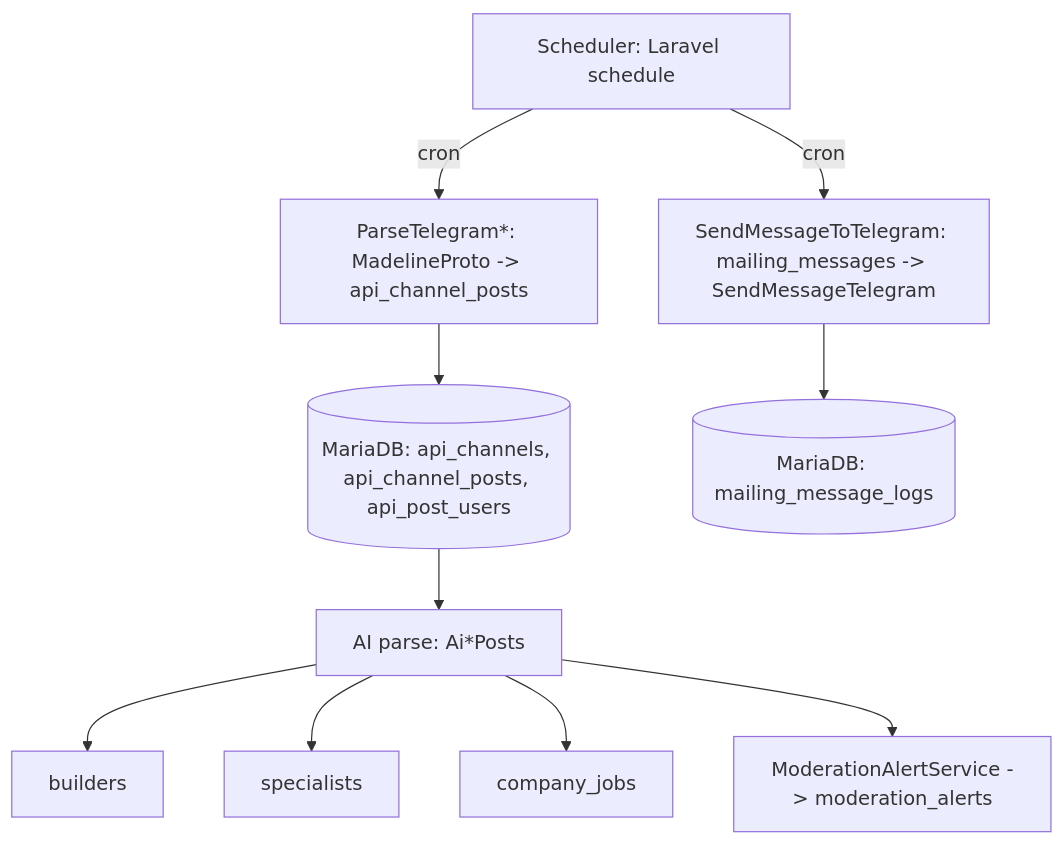
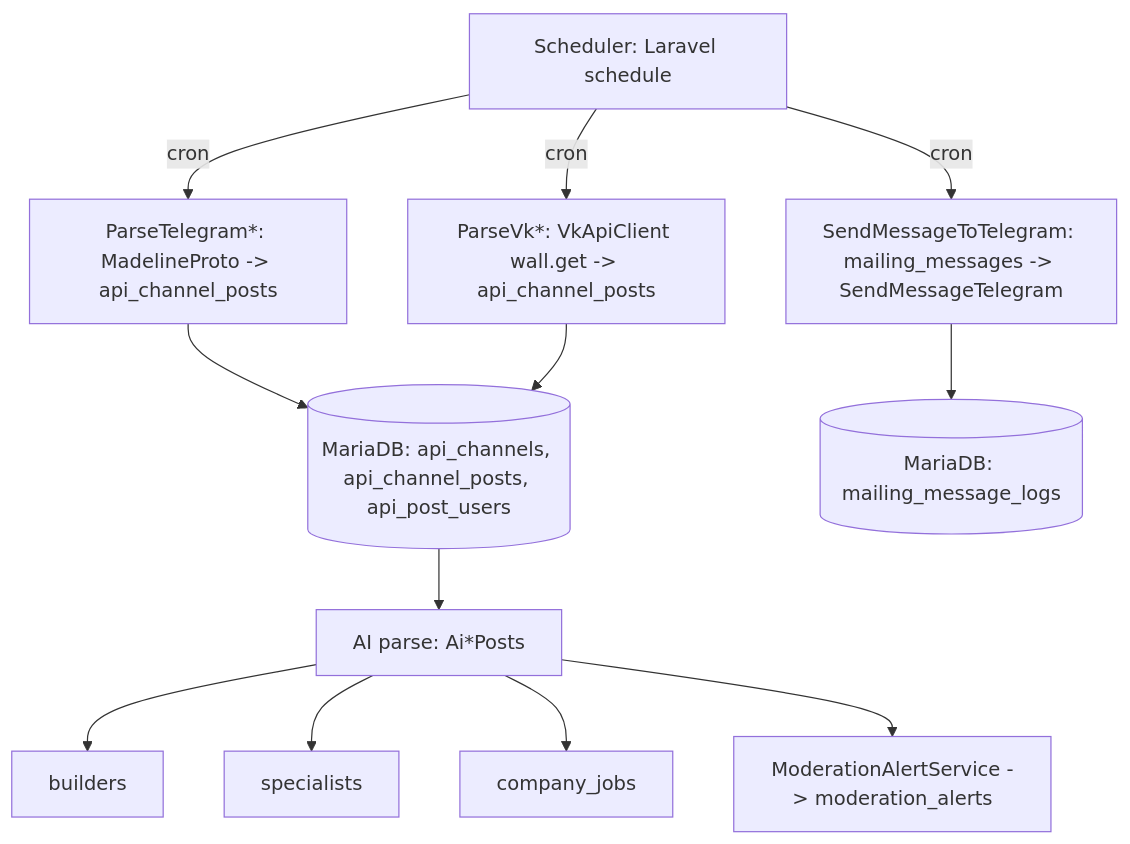
One commit to Falgrim/Radarium changed the first of 3 diagrams in DOC/RADARIUM_TECHDOC.md. Above: the diagram before and after it, drawn with Mermaid. The commit also changed other lines of this file, not shown here.

````diff
--- a/DOC/RADARIUM_TECHDOC.md
+++ b/DOC/RADARIUM_TECHDOC.md
@@ -20,13 +22,15 @@
 ```mermaid
 flowchart TD
   Scheduler[Scheduler: Laravel schedule] -->|cron| TGParse[ParseTelegram*: MadelineProto -> api_channel_posts]
+  Scheduler -->|cron| VKParse[ParseVk*: VkApiClient wall.get -> api_channel_posts]
   TGParse --> DBInserts[(MariaDB: api_channels, api_channel_posts, api_post_users)]
+  VKParse --> DBInserts
   DBInserts --> AIParse[AI parse: Ai*Posts]
   AIParse --> Builders[builders]
   AIParse --> Specialists[specialists]
   AIParse --> CompanyJobs[company_jobs]
   AIParse --> Moderation[ModerationAlertService -> moderation_alerts]
 
   Scheduler -->|cron| TGMailing[SendMessageToTelegram: mailing_messages -> SendMessageTelegram]
   TGMailing --> MailingLogs[(MariaDB: mailing_message_logs)]
 ```
````
